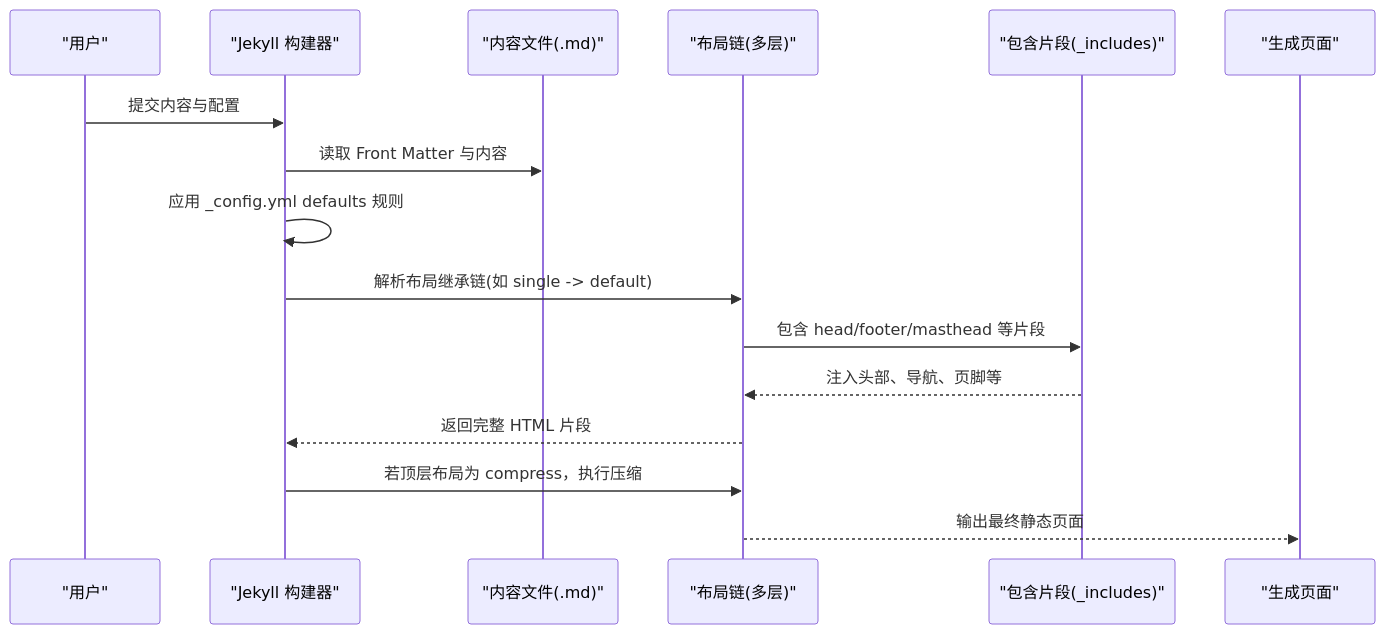
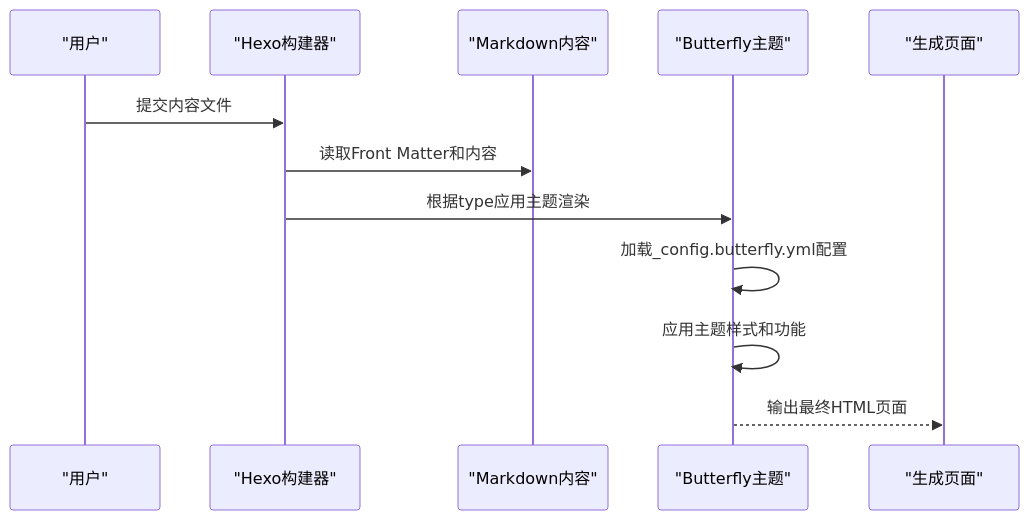
The second of 3 diagrams in .qoder/repowiki/zh/content/页面布局和模板系统/布局系统详解.md (CoolPig0720/CoolPig0720.github.io), drawn with Mermaid before and after one commit. The commit also changed other lines of this file and 36 other files, not shown here.

````diff
--- a/.qoder/repowiki/zh/content/页面布局和模板系统/布局系统详解.md
+++ b/.qoder/repowiki/zh/content/页面布局和模板系统/布局系统详解.md
@@ -135,18 +111,14 @@
 ```mermaid
 sequenceDiagram
 participant U as "用户"
-participant J as "Jekyll 构建器"
-participant P as "内容文件(.md)"
-participant L as "布局链(多层)"
-participant I as "包含片段(_includes)"
-participant O as "生成页面"
-U->>J : 提交内容与配置
-J->>P : 读取 Front Matter 与内容
-J->>J : 应用 _config.yml defaults 规则
-J->>L : 解析布局继承链(如 single -> default)
-L->>I : 包含 head/footer/masthead 等片段
-I-->>L : 注入头部、导航、页脚等
-L-->>J : 返回完整 HTML 片段
-J->>L : 若顶层布局为 compress，执行压缩
-L-->>O : 输出最终静态页面
+participant HEXO as "Hexo构建器"
+participant MD as "Markdown内容"
+participant THEME as "Butterfly主题"
+participant OUT as "生成页面"
+U->>HEXO : 提交内容文件
+HEXO->>MD : 读取Front Matter和内容
+HEXO->>THEME : 根据type应用主题渲染
+THEME->>THEME : 加载_config.butterfly.yml配置
+THEME->>THEME : 应用主题样式和功能
+THEME-->>OUT : 输出最终HTML页面
 ```
````
